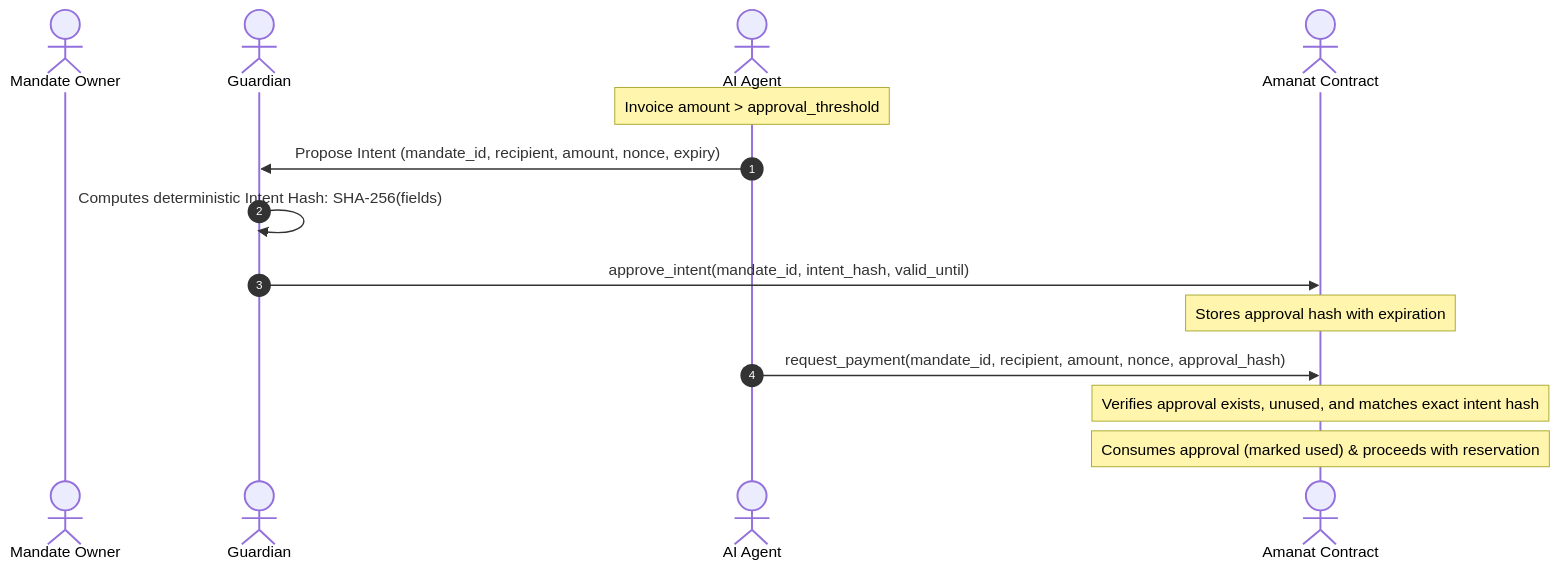
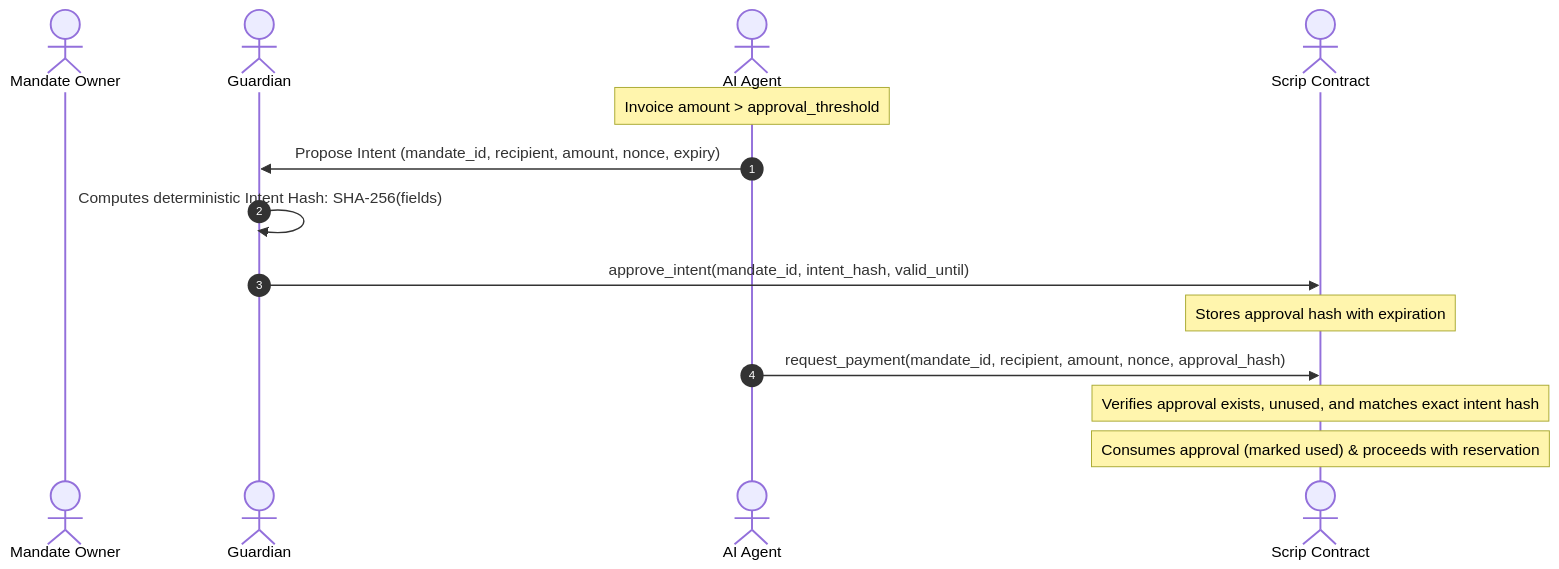
One commit to theodhorex/scrip changed the second of 2 diagrams in docs/ARCHITECTURE.md. Above: the diagram before and after it, drawn with Mermaid. The commit also changed other lines of this file and 160 other files, not shown here.

First line of the commit message:
refactor: rename Amanat to Scrip

````diff
--- a/docs/ARCHITECTURE.md
+++ b/docs/ARCHITECTURE.md
@@ -87,18 +87,18 @@
 ```mermaid
 sequenceDiagram
     autonumber
     actor Owner as Mandate Owner
     actor Guardian as Guardian
     actor Agent as AI Agent
-    actor Contract as Amanat Contract
+    actor Contract as Scrip Contract
 
     Note over Agent: Invoice amount > approval_threshold
     Agent->>Guardian: Propose Intent (mandate_id, recipient, amount, nonce, expiry)
     Guardian->>Guardian: Computes deterministic Intent Hash: SHA-256(fields)
     Guardian->>Contract: approve_intent(mandate_id, intent_hash, valid_until)
     Note over Contract: Stores approval hash with expiration
 
     Agent->>Contract: request_payment(mandate_id, recipient, amount, nonce, approval_hash)
     Note over Contract: Verifies approval exists, unused, and matches exact intent hash
     Note over Contract: Consumes approval (marked used) & proceeds with reservation
 ```
````
